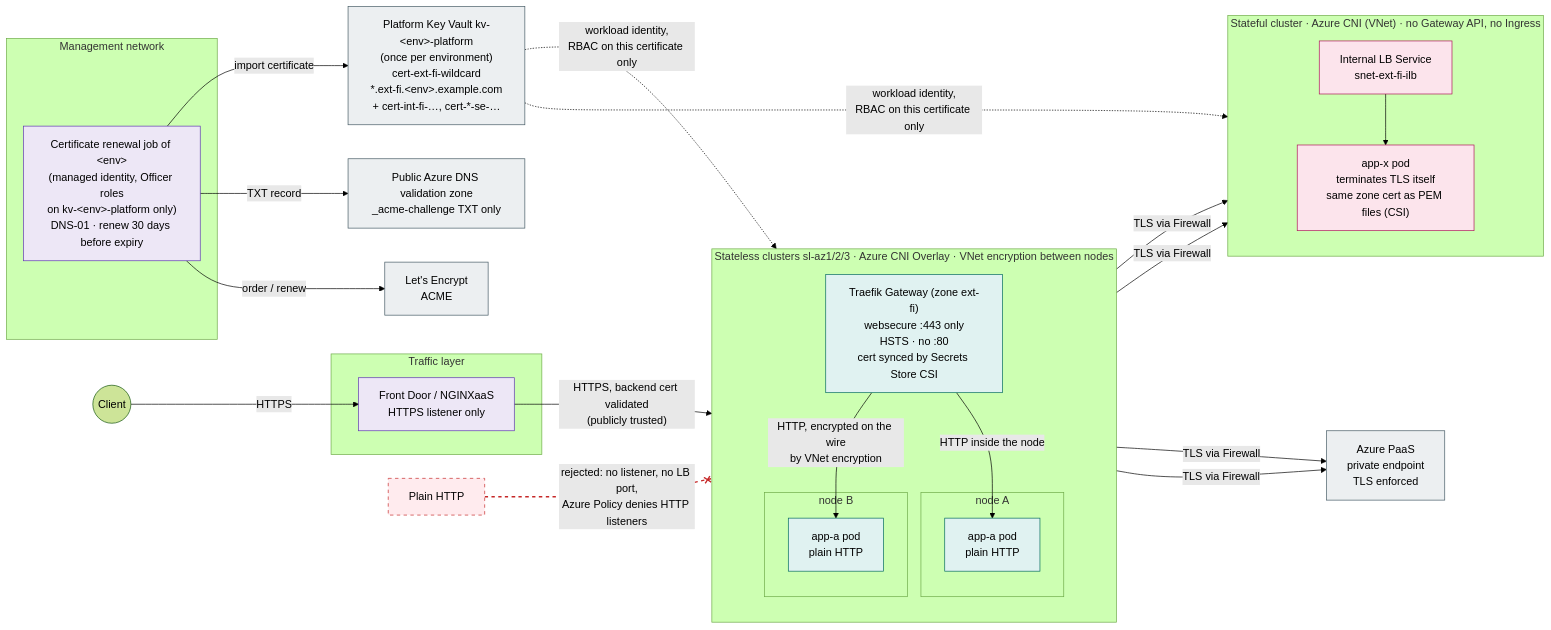
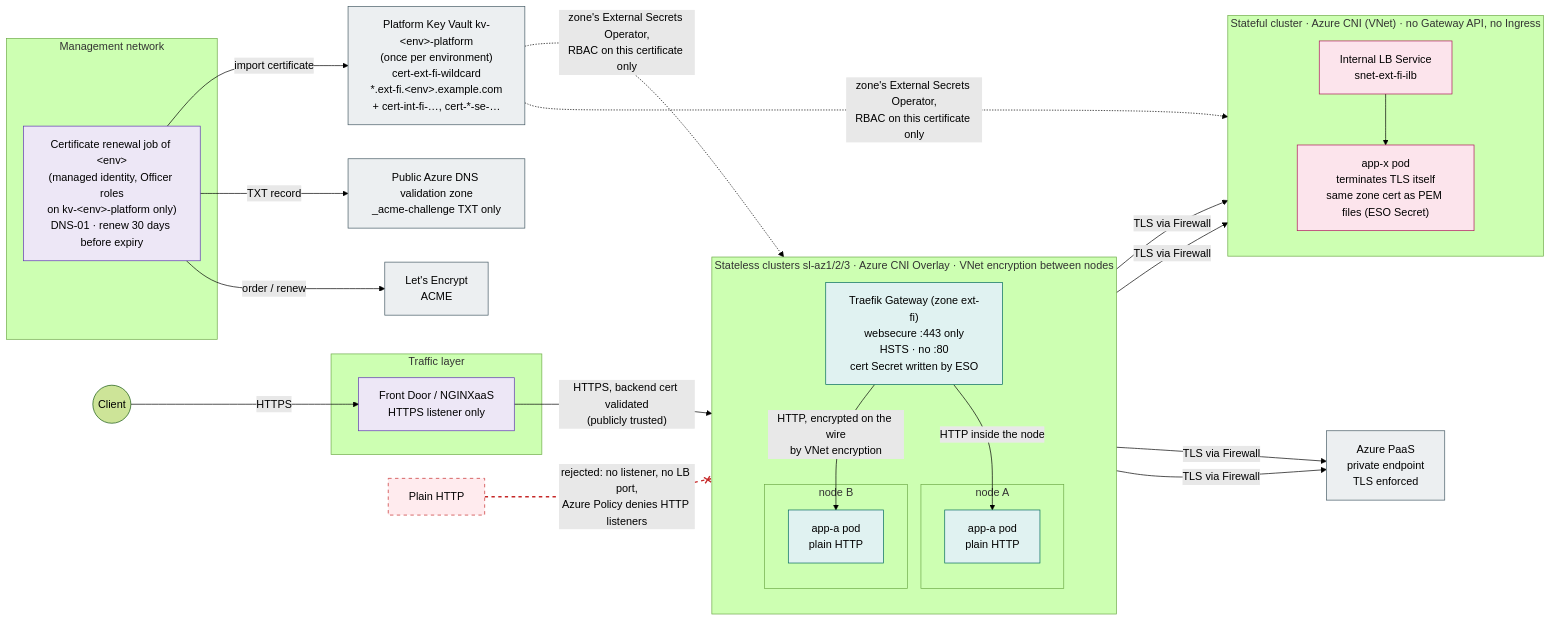
One commit to olljanat-ai/aks-design changed the diagram in diagrams/13-tls-encryption.mmd. Above: the diagram before and after it, drawn with Mermaid (forest theme). The commit also changed 21 other files, not shown here.

First line of the commit message:
Enforce External Secrets Operator, disable Secrets Store CSI driver

```diff
--- a/diagrams/13-tls-encryption.mmd
+++ b/diagrams/13-tls-encryption.mmd
@@ -1,63 +1,63 @@
 %% Encryption in transit. Stateless: TLS ends at the zone's Traefik gateway (Let's Encrypt certificate for an internal
 %% name), node-to-node traffic is protected by Azure VNet encryption, so apps need no TLS, mTLS or service mesh.
 %% Stateful: no Gateway API and no Ingress at all, the application terminates TLS on its own internal load balancer.
 %% Certificates are issued once per zone and environment by a job per environment into the environment's single platform
 %% Key Vault and shared by all clusters of that environment.
 flowchart LR
     client(("Client"))
 
     subgraph MGMT["Management network"]
         job["Certificate renewal job of &lt;env&gt;<br/>(managed identity, Officer roles<br/>on kv-&lt;env&gt;-platform only)<br/>DNS-01 · renew 30 days before expiry"]
     end
     le["Let's Encrypt<br/>ACME"]
     pubdns["Public Azure DNS validation zone<br/>_acme-challenge TXT only"]
     kv["Platform Key Vault kv-&lt;env&gt;-platform<br/>(once per environment)<br/>cert-ext-fi-wildcard<br/>*.ext-fi.&lt;env&gt;.example.com<br/>+ cert-int-fi-…, cert-*-se-…"]
 
     subgraph EDGE["Traffic layer"]
         agw["Front Door / NGINXaaS<br/>HTTPS listener only"]
     end
 
     subgraph SL["Stateless clusters sl-az1/2/3 · Azure CNI Overlay · VNet encryption between nodes"]
         direction TB
-        tr["Traefik Gateway (zone ext-fi)<br/>websecure :443 only<br/>HSTS · no :80<br/>cert synced by Secrets Store CSI"]
+        tr["Traefik Gateway (zone ext-fi)<br/>websecure :443 only<br/>HSTS · no :80<br/>cert Secret written by ESO"]
         subgraph N1["node A"]
             app1["app-a pod<br/>plain HTTP"]
         end
         subgraph N2["node B"]
             app2["app-a pod<br/>plain HTTP"]
         end
     end
 
     subgraph SF["Stateful cluster · Azure CNI (VNet) · no Gateway API, no Ingress"]
         direction TB
         ilb["Internal LB Service<br/>snet-ext-fi-ilb"]
-        db["app-x pod<br/>terminates TLS itself<br/>same zone cert as PEM files (CSI)"]
+        db["app-x pod<br/>terminates TLS itself<br/>same zone cert as PEM files (ESO Secret)"]
     end
 
     paas["Azure PaaS<br/>private endpoint<br/>TLS enforced"]
     plain["Plain HTTP"]:::off
 
     client -->|"HTTPS"| agw
     agw -->|"HTTPS, backend cert validated<br/>(publicly trusted)"| tr
     tr -->|"HTTP inside the node"| app1
     tr -->|"HTTP, encrypted on the wire<br/>by VNet encryption"| app2
     app1 & app2 -->|"TLS via Firewall"| ilb --> db
     app1 & app2 -->|"TLS via Firewall"| paas
     job -->|"order / renew"| le
     job -->|"TXT record"| pubdns
     job -->|"import certificate"| kv
-    kv -.->|"workload identity,<br/>RBAC on this certificate only"| tr
-    kv -.->|"workload identity,<br/>RBAC on this certificate only"| db
+    kv -.->|"zone's External Secrets Operator,<br/>RBAC on this certificate only"| tr
+    kv -.->|"zone's External Secrets Operator,<br/>RBAC on this certificate only"| db
     plain -.-x|"rejected: no listener, no LB port,<br/>Azure Policy denies HTTP listeners"| tr
 
     linkStyle 14 stroke:#c62828,stroke-width:2px,stroke-dasharray:5 5
 
     classDef hub fill:#ede7f6,stroke:#5e35b1,color:#000
     classDef sl fill:#e0f2f1,stroke:#00695c,color:#000
     classDef sf fill:#fce4ec,stroke:#ad1457,color:#000
     classDef paas fill:#eceff1,stroke:#455a64,color:#000
     classDef off fill:#ffebee,stroke:#c62828,color:#000,stroke-dasharray: 5 5
     class agw,job hub
     class tr,app1,app2 sl
     class ilb,db sf
     class paas,le,pubdns,kv paas
```
